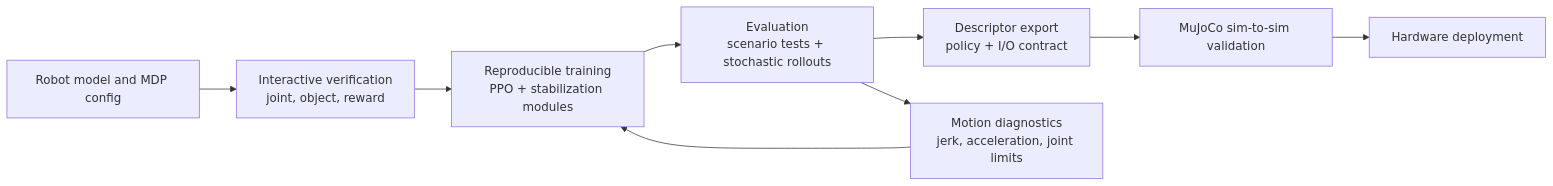
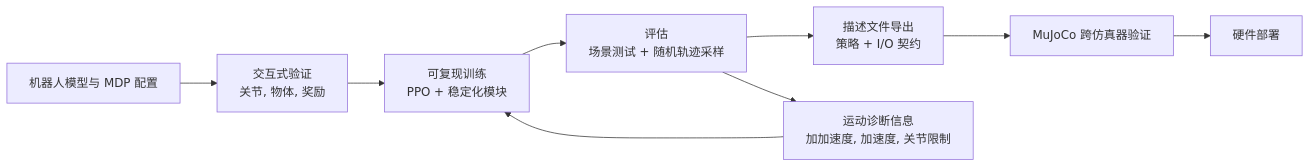
One commit to niuverse/llm-wiki changed the diagram in wiki/concepts/HumanoidRLWorkflow.md. Above: the diagram before and after it, drawn with Mermaid. The commit also changed other lines of this file and 123 other files, not shown here.

````diff
--- a/wiki/concepts/HumanoidRLWorkflow.md
+++ b/wiki/concepts/HumanoidRLWorkflow.md
@@ -63,11 +63,11 @@
 ```mermaid
 flowchart LR
-  A["Robot model and MDP config"] --> B["Interactive verification<br/>joint, object, reward"]
-  B --> C["Reproducible training<br/>PPO + stabilization modules"]
-  C --> D["Evaluation<br/>scenario tests + stochastic rollouts"]
-  D --> E["Descriptor export<br/>policy + I/O contract"]
-  E --> F["MuJoCo sim-to-sim validation"]
-  F --> G["Hardware deployment"]
-  D --> H["Motion diagnostics<br/>jerk, acceleration, joint limits"]
+  A["机器人模型与 MDP 配置"] --> B["交互式验证<br/>关节, 物体, 奖励"]
+  B --> C["可复现训练<br/>PPO + 稳定化模块"]
+  C --> D["评估<br/>场景测试 + 随机轨迹采样"]
+  D --> E["描述文件导出<br/>策略 + I/O 契约"]
+  E --> F["MuJoCo 跨仿真器验证"]
+  F --> G["硬件部署"]
+  D --> H["运动诊断信息<br/>加加速度, 加速度, 关节限制"]
   H --> C
 ```
````
